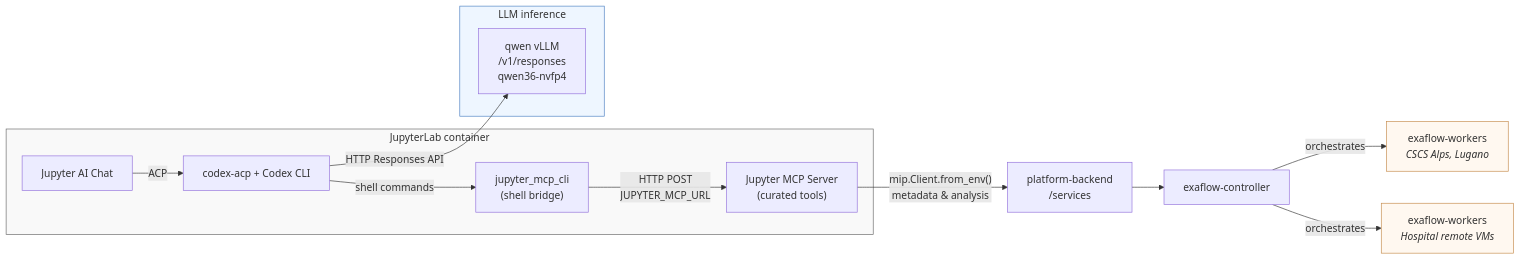
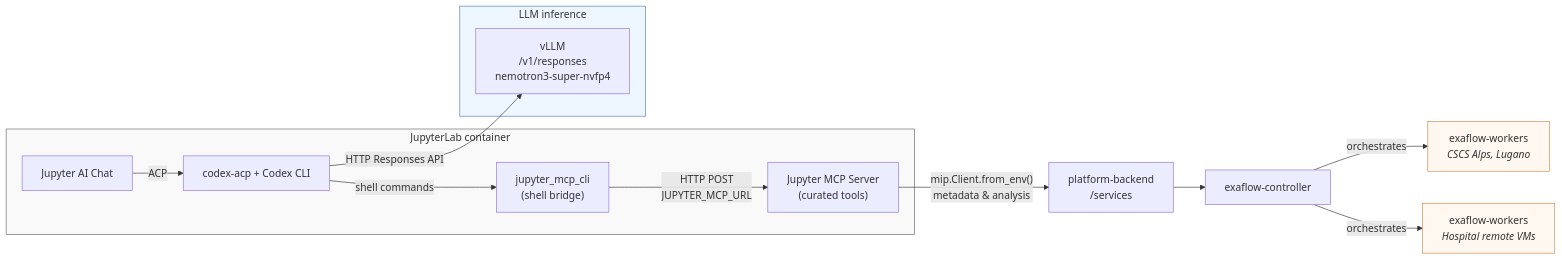
The diagram in docs/jupyter-ai-architecture.md (madgik/mip-jupyter), drawn with Mermaid before and after one commit. The commit also changed other lines of this file and 52 other files, not shown here.

````diff
--- a/docs/jupyter-ai-architecture.md
+++ b/docs/jupyter-ai-architecture.md
@@ -8,33 +8,33 @@
 ```mermaid
 flowchart LR
     subgraph JL["JupyterLab container"]
         Chat["Jupyter AI Chat"]
         MCP["Jupyter MCP Server<br/>(curated tools)"]
         Codex["codex-acp + Codex CLI"]
         CLI["jupyter_mcp_cli<br/>(shell bridge)"]
 
         Chat -->|"ACP"| Codex
         Codex -->|"shell commands"| CLI
         CLI -->|"HTTP POST<br/>JUPYTER_MCP_URL"| MCP
     end
 
     Backend["platform-backend<br/>/services"]
     Controller["exaflow-controller"]
     CSCSW["exaflow-workers<br/><i>CSCS Alps, Lugano</i>"]
     HW["exaflow-workers<br/><i>Hospital remote VMs</i>"]
 
     subgraph LLM["LLM inference"]
-        VLLM["qwen vLLM<br/>/v1/responses<br/>qwen36-nvfp4"]
+        VLLM["vLLM<br/>/v1/responses<br/>nemotron3-super-nvfp4"]
     end
 
     MCP -->|"mip.Client.from_env()<br/>metadata & analysis"| Backend
     Backend --> Controller
     Controller -->|"orchestrates"| CSCSW
     Controller -->|"orchestrates"| HW
     Codex -->|"HTTP Responses API"| VLLM
 
     style JL fill:#f9f9f9,stroke:#666
     style LLM fill:#eef6ff,stroke:#4a7fc1
     style CSCSW fill:#fff8f0,stroke:#c48a4a
     style HW fill:#fff8f0,stroke:#c48a4a
 ```
````
